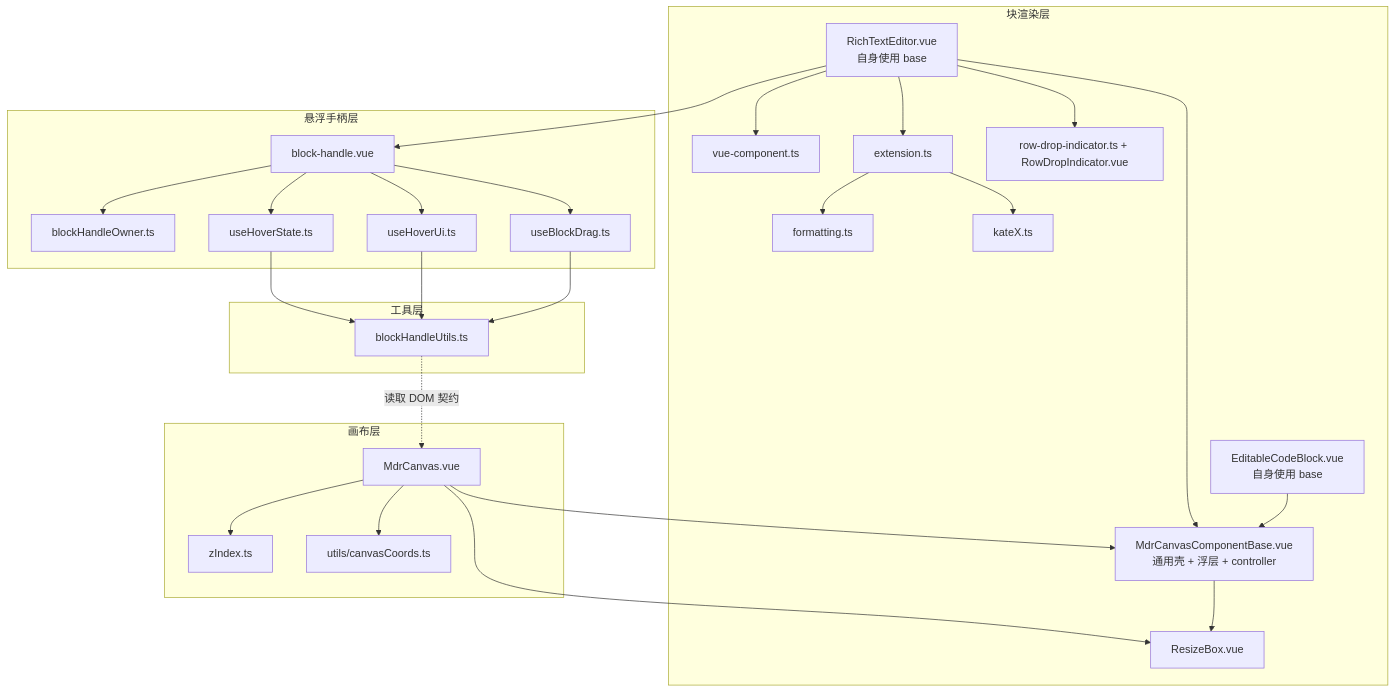
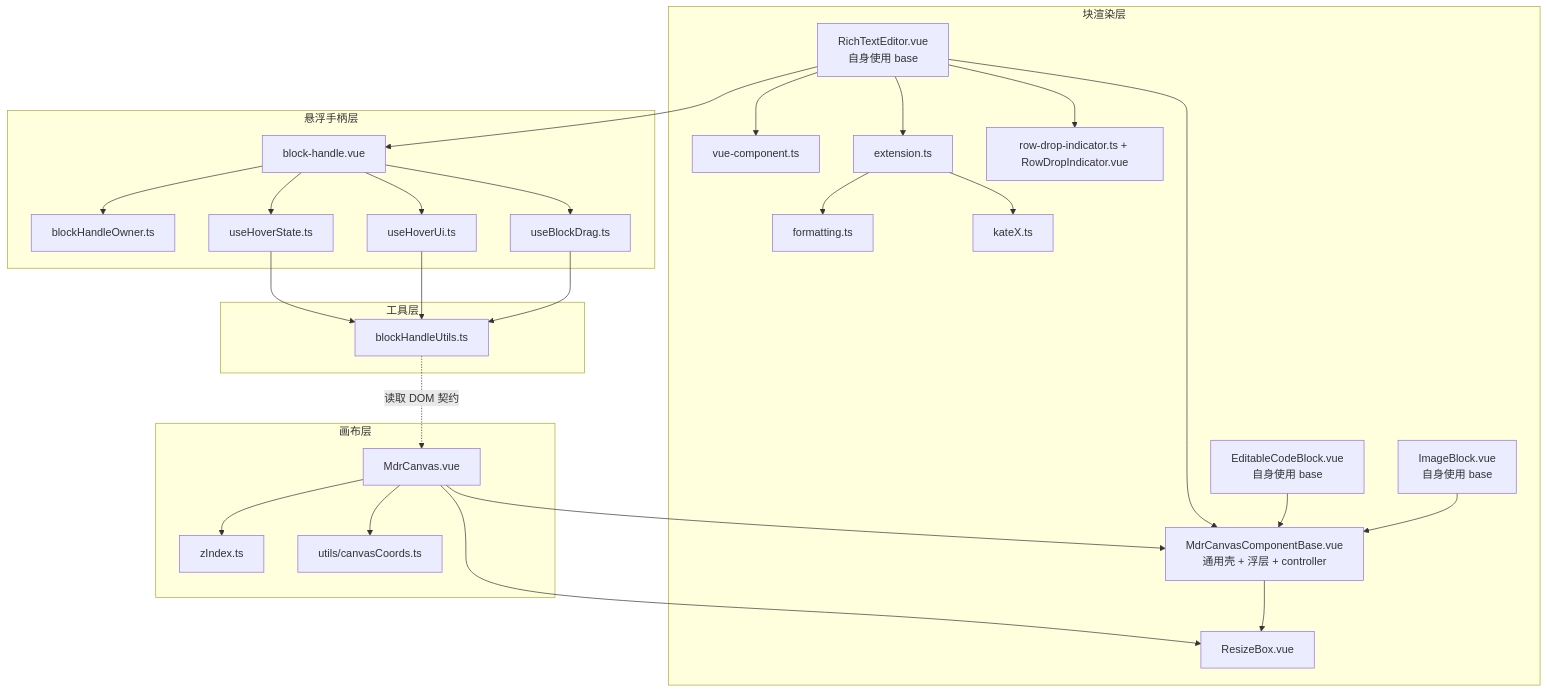
Before and after one commit to LogicAurora/Mindrizzle: the first of 2 diagrams in src/docs/flow/00-architecture.md, drawn with Mermaid. The commit also changed other lines of this file and 9 other files, not shown here.

Commit message:
feat:图片组件

````diff
--- a/src/docs/flow/00-architecture.md
+++ b/src/docs/flow/00-architecture.md
@@ -12,54 +12,56 @@
 ```mermaid
 flowchart TB
   subgraph Canvas["画布层"]
     MC["MdrCanvas.vue"]
     ZI["zIndex.ts"]
     CC["utils/canvasCoords.ts"]
   end
 
   subgraph Block["块渲染层"]
     MCB["MdrCanvasComponentBase.vue<br/>通用壳 + 浮层 + controller"]
     RB["ResizeBox.vue"]
     RTE["RichTextEditor.vue<br/>自身使用 base"]
     CODE["EditableCodeBlock.vue<br/>自身使用 base"]
+    IMG["ImageBlock.vue<br/>自身使用 base"]
     VCN["vue-component.ts"]
     EXT["extension.ts"]
     FMT["formatting.ts"]
     KTX["kateX.ts"]
     RDI["row-drop-indicator.ts + RowDropIndicator.vue"]
   end
 
   subgraph Handle["悬浮手柄层"]
     BH["block-handle.vue"]
     BHO["blockHandleOwner.ts"]
     UHS["useHoverState.ts"]
     UHU["useHoverUi.ts"]
     UBD["useBlockDrag.ts"]
   end
 
   subgraph Utils["工具层"]
     BHU["blockHandleUtils.ts"]
   end
 
   MC --> RB
   MC --> MCB
   MCB --> RB
   RTE --> MCB
   CODE --> MCB
+  IMG --> MCB
   RTE --> EXT
   RTE --> VCN
   RTE --> RDI
   EXT --> FMT
   EXT --> KTX
   RTE --> BH
   BH --> UHS
   BH --> UHU
   BH --> UBD
   UHS --> BHU
   UHU --> BHU
   UBD --> BHU
   BH --> BHO
   MC --> CC
   MC --> ZI
   BHU -.->|"读取 DOM 契约"| MC
 ```
````
